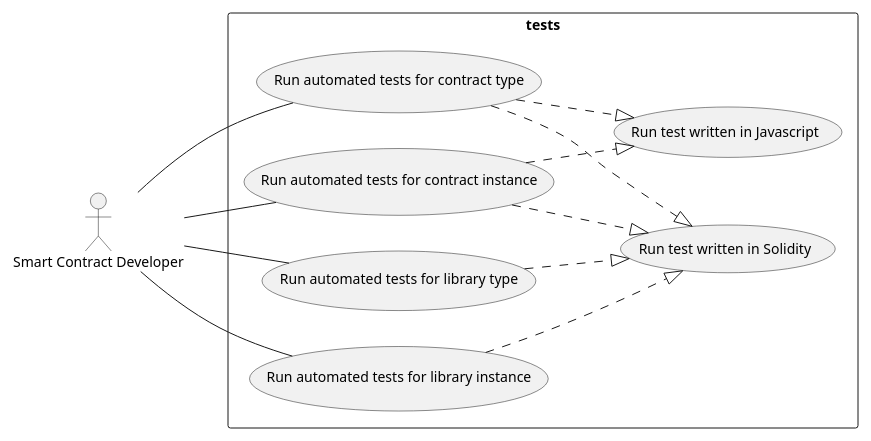
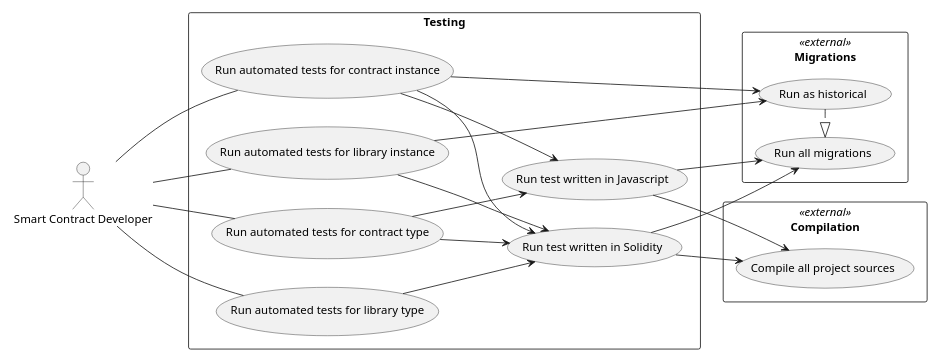
One commit to trufflesuite/artifact-updates changed the ninth of 9 diagrams in docs/use-cases.rst. Above: the diagram before and after it, drawn with PlantUML. The commit also changed other lines of this file, not shown here.

Commit message:
Expand Testing section

```diff
--- a/docs/use-cases.rst
+++ b/docs/use-cases.rst
@@ -590,30 +590,49 @@
 .. uml::
 
-  scale 0.80
+  scale 0.65
   left to right direction
 
   :Smart Contract Developer: as :Developer:
 
-  rectangle tests {
+
+  rectangle Compilation << external >> {
+    (Compile all project sources) as (CompileAll)
+  }
+
+  rectangle Migrations << external >> {
+    (Run all migrations) as (RunMigrations)
+    (Run as historical) as (RunHistorical)
+    RunHistorical .|> RunMigrations
+  }
+
+  rectangle Testing {
     (Run automated tests for contract type) as (TestType)
     (Run automated tests for contract instance) as (TestInstance)
     (Run automated tests for library type) as (TestLibrary)
     (Run automated tests for library instance) as (TestLibraryInstance)
 
+    TestInstance --> RunHistorical
+    TestLibraryInstance --> RunHistorical
+
     (Run test written in Solidity) as (RunSolidity)
+    RunSolidity --> CompileAll
+    RunSolidity --> RunMigrations
+
     (Run test written in Javascript) as (RunJavascript)
+    RunJavascript --> CompileAll
+    RunJavascript --> RunMigrations
 
-    TestType ..|> RunSolidity
-    TestType ..|> RunJavascript
+    TestType --> RunSolidity
+    TestType --> RunJavascript
 
-    TestInstance ..|> RunSolidity
-    TestInstance ..|> RunJavascript
+    TestInstance --> RunSolidity
+    TestInstance --> RunJavascript
 
-    TestLibrary ..|> RunSolidity
-    TestLibraryInstance ..|> RunSolidity
+    TestLibrary --> RunSolidity
+    TestLibraryInstance --> RunSolidity
   }
 
   Developer -- TestType
   Developer -- TestInstance
   Developer -- TestLibrary
   Developer -- TestLibraryInstance
```
